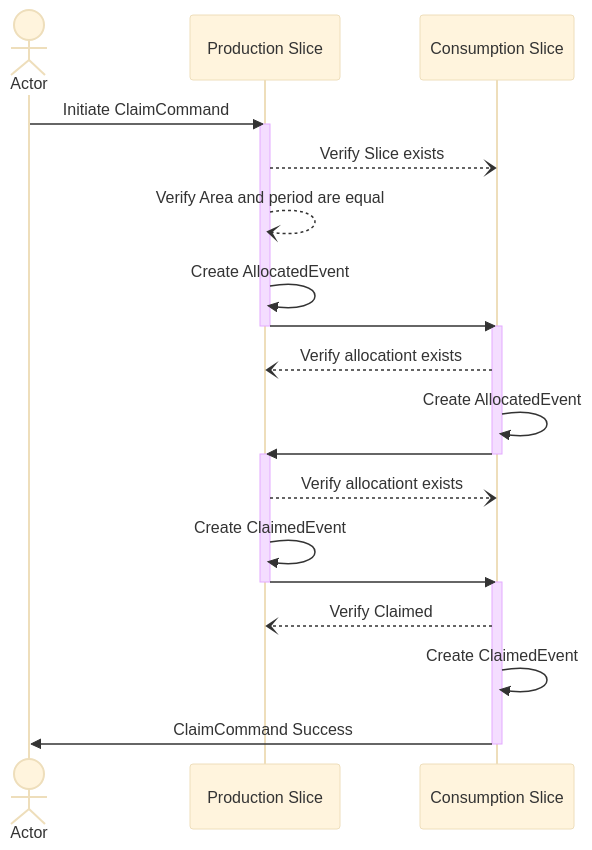
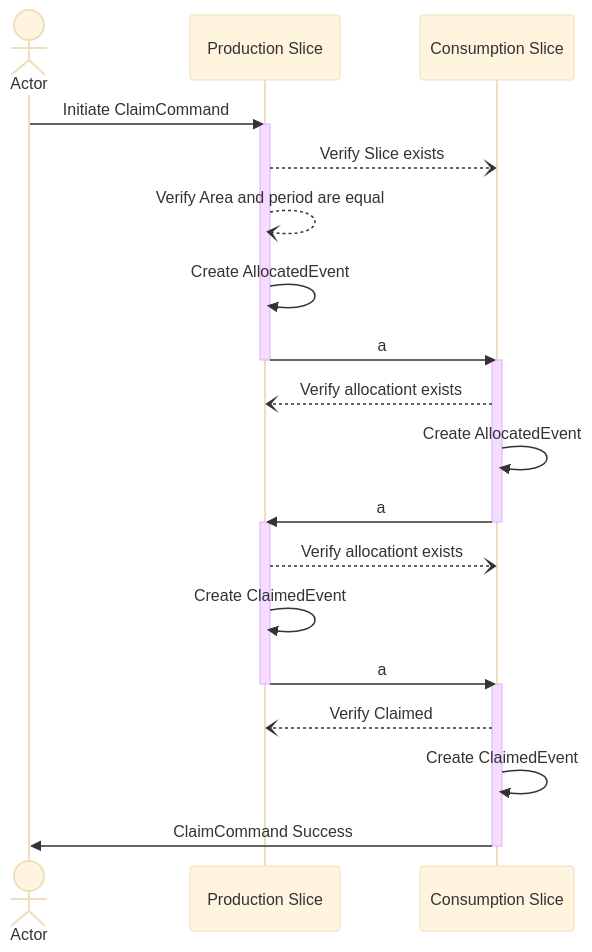
Before and after one commit to project-origin/registry: the diagram in doc/concept/granular-certificates/commands/claim.md, drawn with Mermaid (base theme). The commit also changed 1 other file, not shown here.

````diff
--- a/doc/concept/granular-certificates/commands/claim.md
+++ b/doc/concept/granular-certificates/commands/claim.md
@@ -55,33 +55,33 @@
 ```mermaid
 sequenceDiagram
     actor user as Actor
     participant prod as Production Slice
     participant cons as Consumption Slice
 
     user ->> prod: Initiate ClaimCommand
 
     activate prod
     prod --) cons: Verify Slice exists
     prod --) prod: Verify Area and period are equal
     prod ->> prod: Create AllocatedEvent
-    prod ->> cons: #
+    prod ->> cons: a
     deactivate prod
 
     activate cons
     cons --) prod: Verify allocationt exists
     cons ->> cons: Create AllocatedEvent
-    cons ->> prod: #
+    cons ->> prod: a
     deactivate cons
 
     activate prod
     prod --) cons: Verify allocationt exists
     prod ->> prod: Create ClaimedEvent
-    prod ->> cons: #
+    prod ->> cons: a
     deactivate prod
 
     activate cons
     cons --) prod: Verify Claimed
     cons ->> cons: Create ClaimedEvent
     cons ->> user: ClaimCommand Success
     deactivate cons
 ```
````
